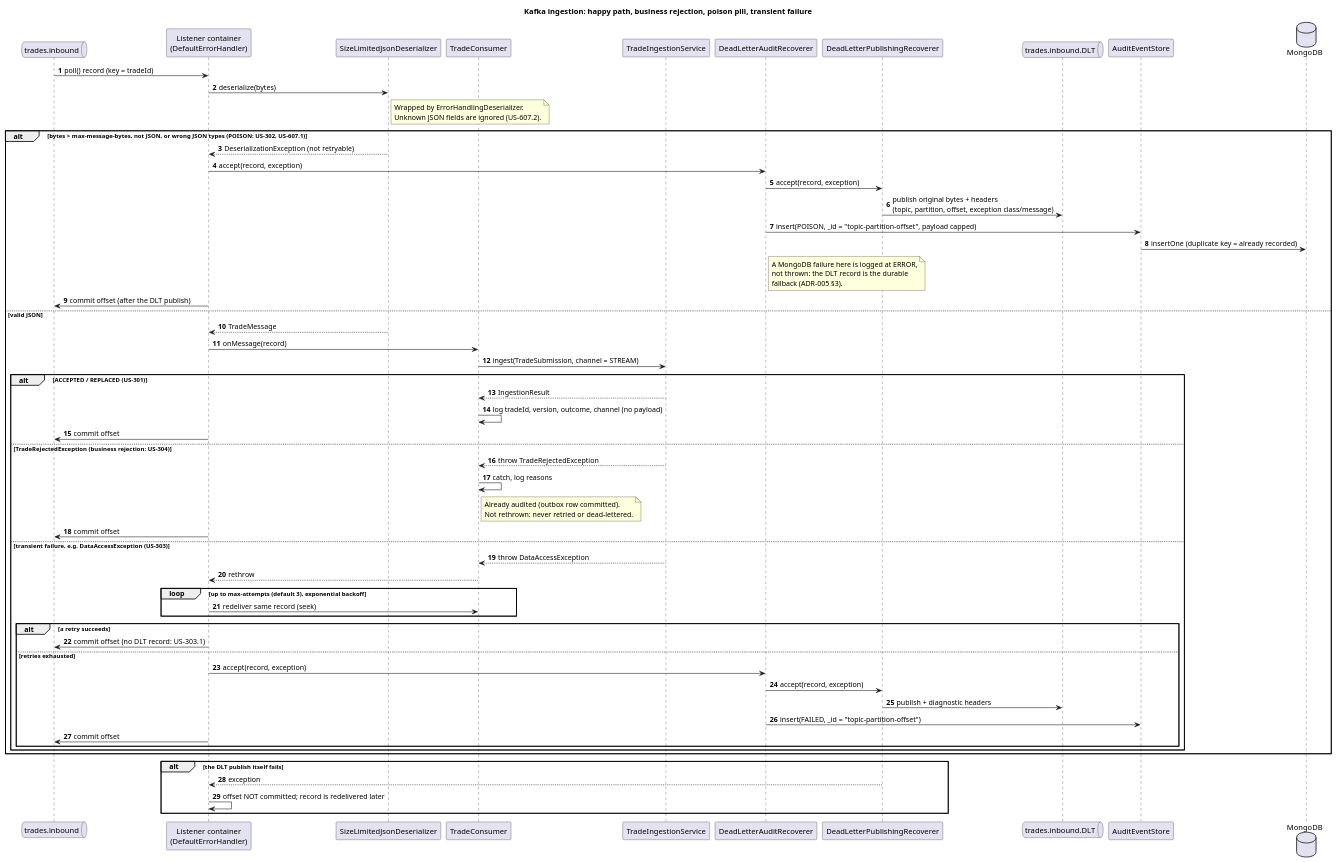
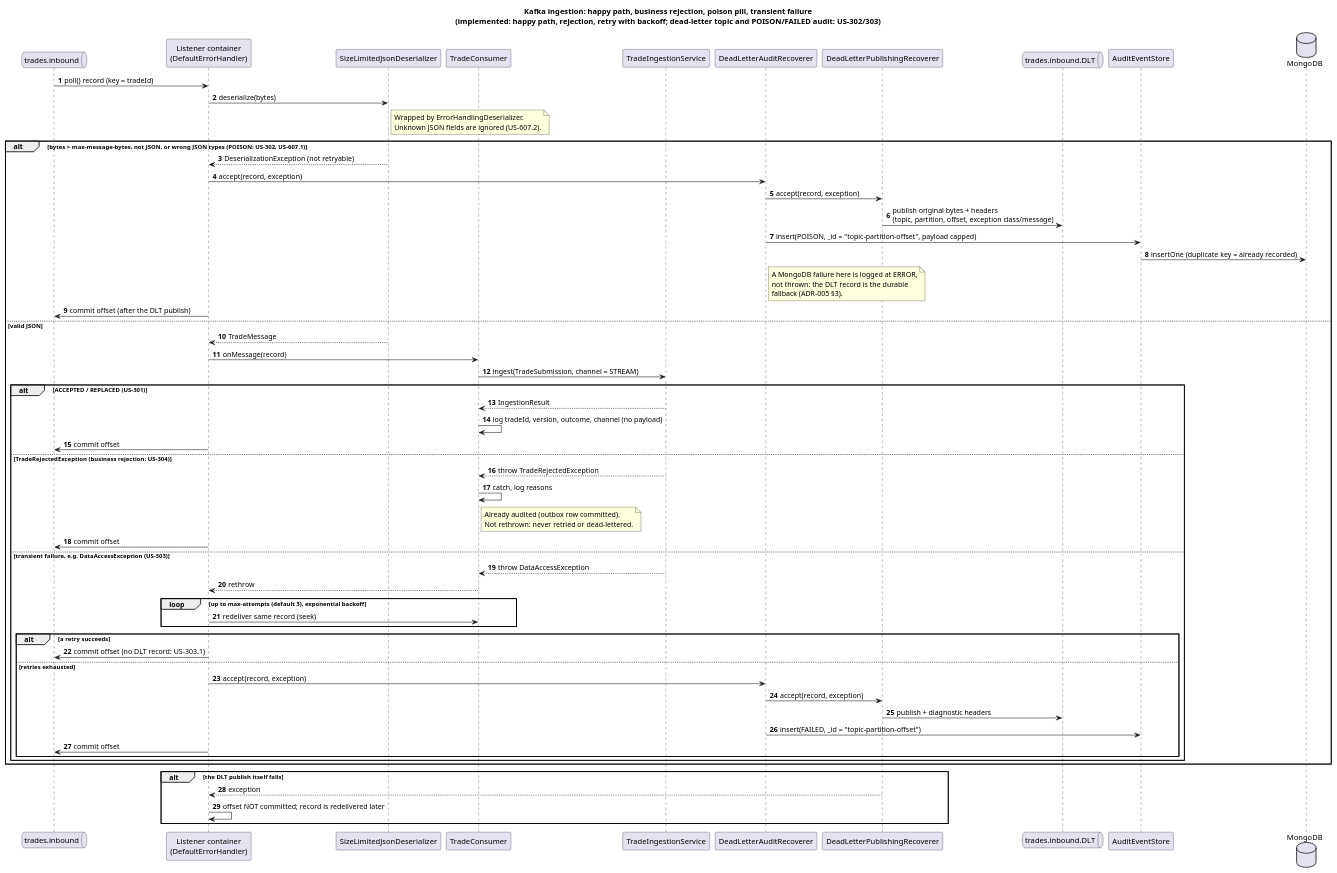
Before and after one commit to kuldipkumar/Trade-store: the diagram in docs/diagrams/05-seq-stream-ingestion.puml, drawn with PlantUML. The commit also changed 7 other files, not shown here.

Commit message:
docs: US-301/304 review: parser package in diagram and LLD, Kafka error handling and partition rule, test review, PROMPTS

```diff
--- a/docs/diagrams/05-seq-stream-ingestion.puml
+++ b/docs/diagrams/05-seq-stream-ingestion.puml
@@ -1,79 +1,79 @@
 @startuml 05-seq-stream-ingestion
-title Kafka ingestion: happy path, business rejection, poison pill, transient failure
+title Kafka ingestion: happy path, business rejection, poison pill, transient failure\n(implemented: happy path, rejection, retry with backoff; dead-letter topic and POISON/FAILED audit: US-302/303)
 
 autonumber
 queue "trades.inbound" as Topic
 participant "Listener container\n(DefaultErrorHandler)" as Container
 participant SizeLimitedJsonDeserializer
 participant TradeConsumer
 participant TradeIngestionService
 participant DeadLetterAuditRecoverer
 participant DeadLetterPublishingRecoverer
 queue "trades.inbound.DLT" as DLT
 participant AuditEventStore
 database MongoDB
 
 Topic -> Container : poll() record (key = tradeId)
 Container -> SizeLimitedJsonDeserializer : deserialize(bytes)
 note right of SizeLimitedJsonDeserializer
   Wrapped by ErrorHandlingDeserializer.
   Unknown JSON fields are ignored (US-607.2).
 end note
 
 alt bytes > max-message-bytes, not JSON, or wrong JSON types (POISON: US-302, US-607.1)
   SizeLimitedJsonDeserializer --> Container : DeserializationException (not retryable)
   Container -> DeadLetterAuditRecoverer : accept(record, exception)
   DeadLetterAuditRecoverer -> DeadLetterPublishingRecoverer : accept(record, exception)
   DeadLetterPublishingRecoverer -> DLT : publish original bytes + headers\n(topic, partition, offset, exception class/message)
   DeadLetterAuditRecoverer -> AuditEventStore : insert(POISON, _id = "topic-partition-offset", payload capped)
   AuditEventStore -> MongoDB : insertOne (duplicate key = already recorded)
   note right of DeadLetterAuditRecoverer
     A MongoDB failure here is logged at ERROR,
     not thrown: the DLT record is the durable
     fallback (ADR-005 §3).
   end note
   Container -> Topic : commit offset (after the DLT publish)
 
 else valid JSON
   SizeLimitedJsonDeserializer --> Container : TradeMessage
   Container -> TradeConsumer : onMessage(record)
   TradeConsumer -> TradeIngestionService : ingest(TradeSubmission, channel = STREAM)
 
   alt ACCEPTED / REPLACED (US-301)
     TradeIngestionService --> TradeConsumer : IngestionResult
     TradeConsumer -> TradeConsumer : log tradeId, version, outcome, channel (no payload)
     Container -> Topic : commit offset
 
   else TradeRejectedException (business rejection: US-304)
     TradeIngestionService --> TradeConsumer : throw TradeRejectedException
     TradeConsumer -> TradeConsumer : catch, log reasons
     note right of TradeConsumer
       Already audited (outbox row committed).
       Not rethrown: never retried or dead-lettered.
     end note
     Container -> Topic : commit offset
 
   else transient failure, e.g. DataAccessException (US-303)
     TradeIngestionService --> TradeConsumer : throw DataAccessException
     TradeConsumer --> Container : rethrow
     loop up to max-attempts (default 3), exponential backoff
       Container -> TradeConsumer : redeliver same record (seek)
     end
     alt a retry succeeds
       Container -> Topic : commit offset (no DLT record: US-303.1)
     else retries exhausted
       Container -> DeadLetterAuditRecoverer : accept(record, exception)
       DeadLetterAuditRecoverer -> DeadLetterPublishingRecoverer : accept(record, exception)
       DeadLetterPublishingRecoverer -> DLT : publish + diagnostic headers
       DeadLetterAuditRecoverer -> AuditEventStore : insert(FAILED, _id = "topic-partition-offset")
       Container -> Topic : commit offset
     end
   end
 end
 
 alt the DLT publish itself fails
   DeadLetterPublishingRecoverer --> Container : exception
   Container -> Container : offset NOT committed; record is redelivered later
 end
 
 @enduml
```
